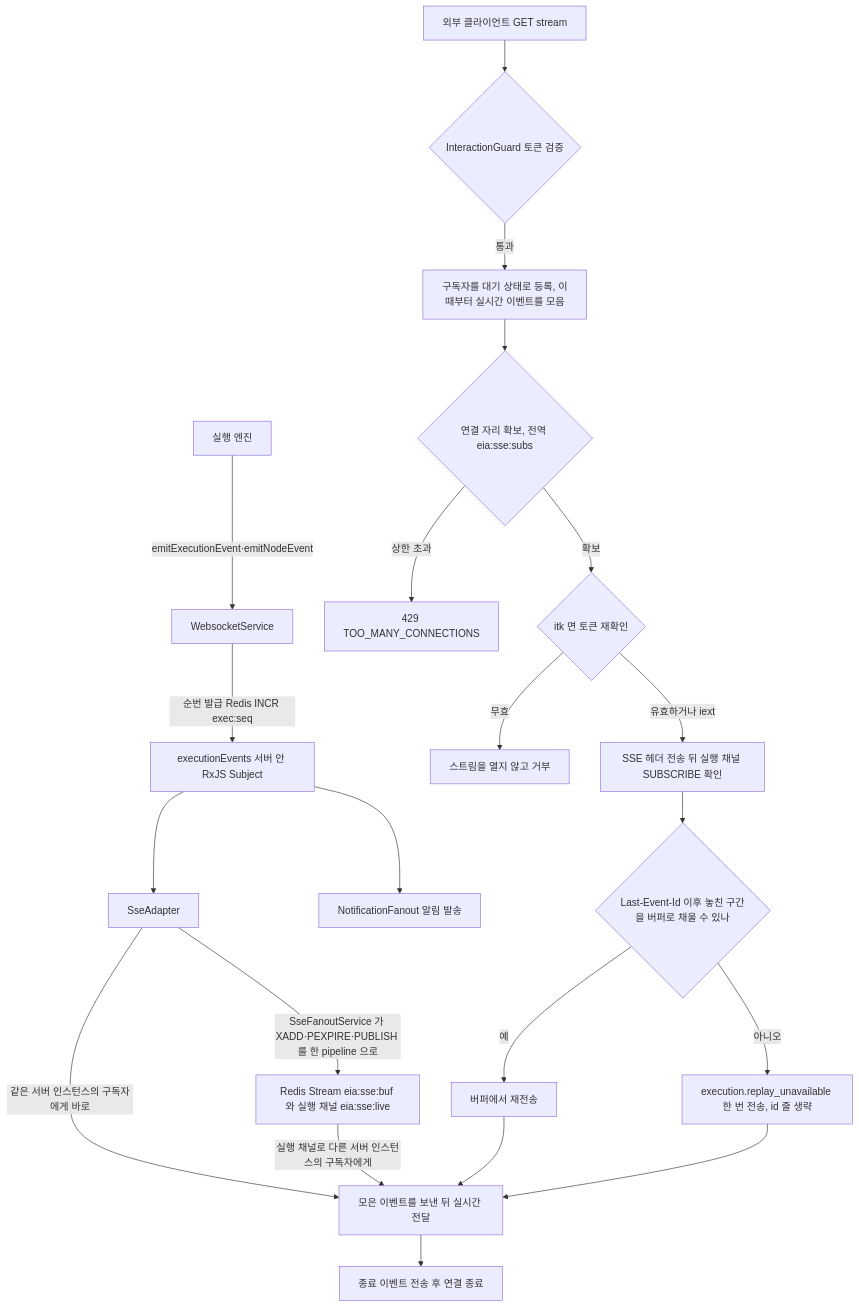
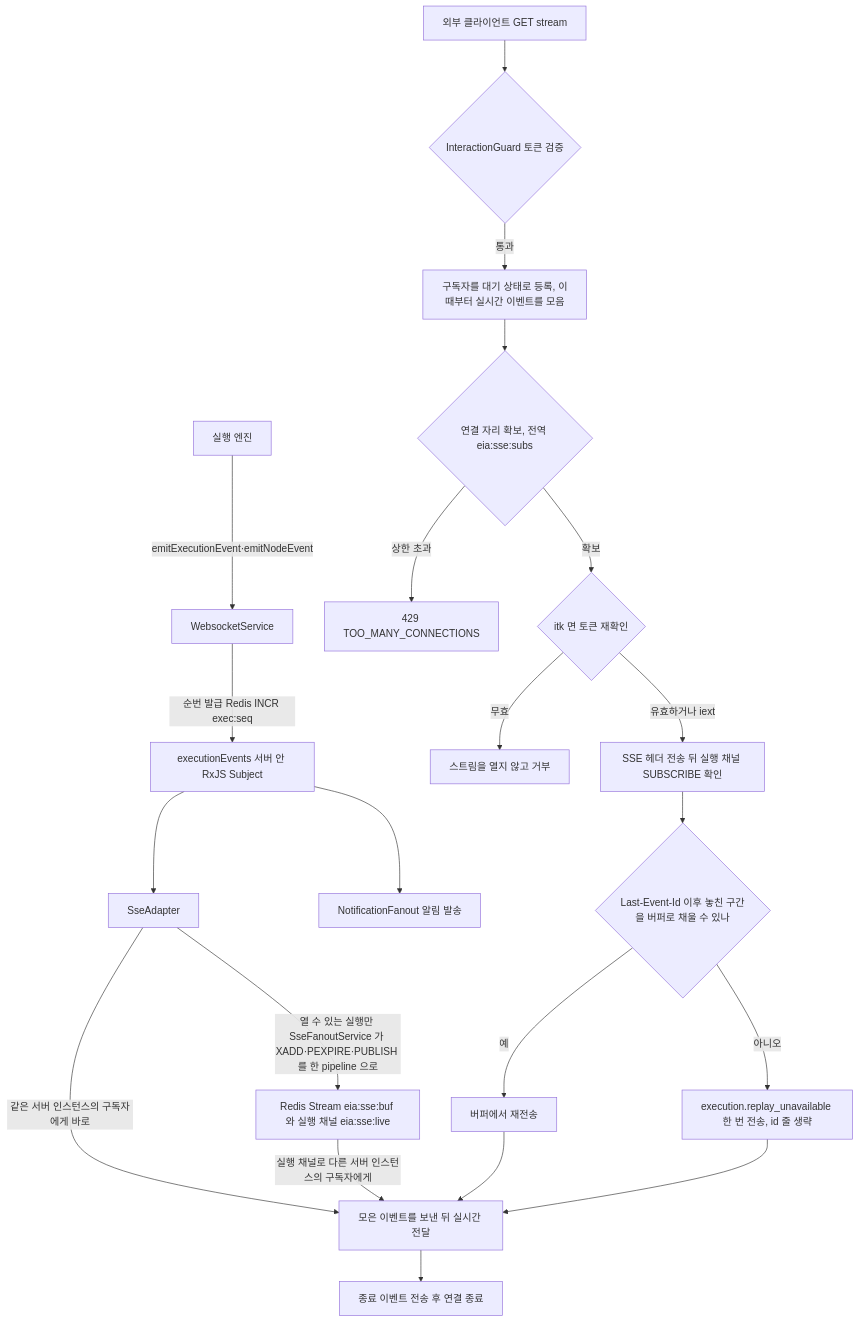
One commit to worker-ants/clemvion changed the third of 7 diagrams in spec/CLE-IX/CLE-EIA-DATA.md. Above: the diagram before and after it, drawn with Mermaid. The commit also changed other lines of this file and 16 other files, not shown here.

First line of the commit message:
feat(eia): SSE 의 Redis 구독 공백을 메우고 쓰기 양 · replay 파싱을 줄인다 (CLE-T-1GR2JE, CLE-T-XPG8DQ) (#1620)

````diff
--- a/spec/CLE-IX/CLE-EIA-DATA.md
+++ b/spec/CLE-IX/CLE-EIA-DATA.md
@@ -216,23 +216,23 @@
 ```mermaid
 flowchart TD
   A[실행 엔진] -->|emitExecutionEvent·emitNodeEvent| B[WebsocketService]
   B -->|순번 발급 Redis INCR exec:seq| C[executionEvents 서버 안 RxJS Subject]
   C --> D[SseAdapter]
   C --> E[NotificationFanout 알림 발송]
   D -->|같은 서버 인스턴스의 구독자에게 바로| M[모은 이벤트를 보낸 뒤 실시간 전달]
-  D -->|SseFanoutService 가 XADD·PEXPIRE·PUBLISH 를 한 pipeline 으로| R[Redis Stream eia:sse:buf 와 실행 채널 eia:sse:live]
+  D -->|열 수 있는 실행만 SseFanoutService 가 XADD·PEXPIRE·PUBLISH 를 한 pipeline 으로| R[Redis Stream eia:sse:buf 와 실행 채널 eia:sse:live]
   R -->|실행 채널로 다른 서버 인스턴스의 구독자에게| M
   F[외부 클라이언트 GET stream] --> G{InteractionGuard 토큰 검증}
   G -->|통과| P[구독자를 대기 상태로 등록, 이때부터 실시간 이벤트를 모음]
   P --> Q{연결 자리 확보, 전역 eia:sse:subs}
   Q -->|상한 초과| H[429 TOO_MANY_CONNECTIONS]
   Q -->|확보| T{itk 면 토큰 재확인}
   T -->|무효| U[스트림을 열지 않고 거부]
   T -->|유효하거나 iext| S[SSE 헤더 전송 뒤 실행 채널 SUBSCRIBE 확인]
   S --> I{Last-Event-Id 이후 놓친 구간을 버퍼로 채울 수 있나}
   I -->|예| J[버퍼에서 재전송]
   I -->|아니오| K[execution.replay_unavailable 한 번 전송, id 줄 생략]
   J --> M
   K --> M
   M --> L[종료 이벤트 전송 후 연결 종료]
 ```
````
